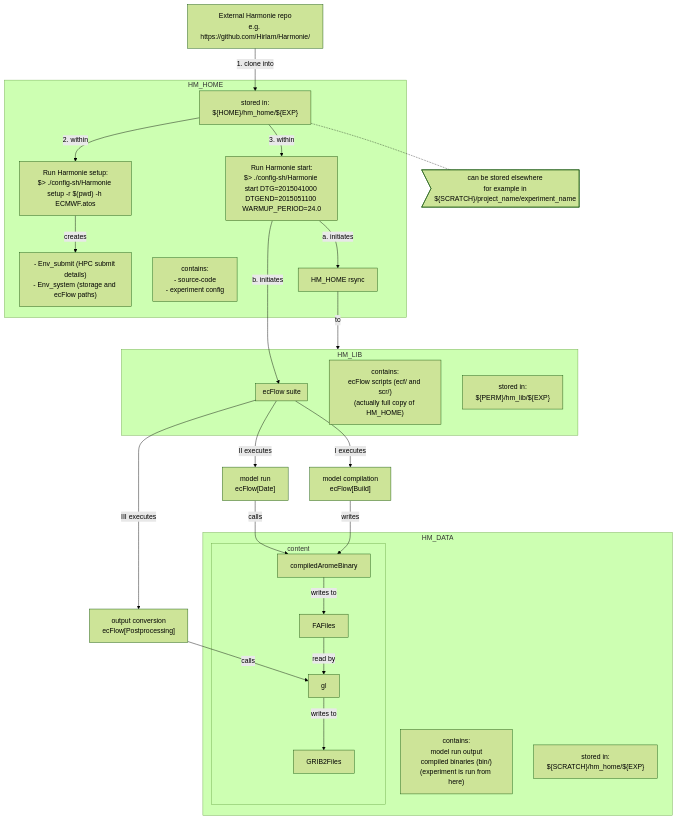
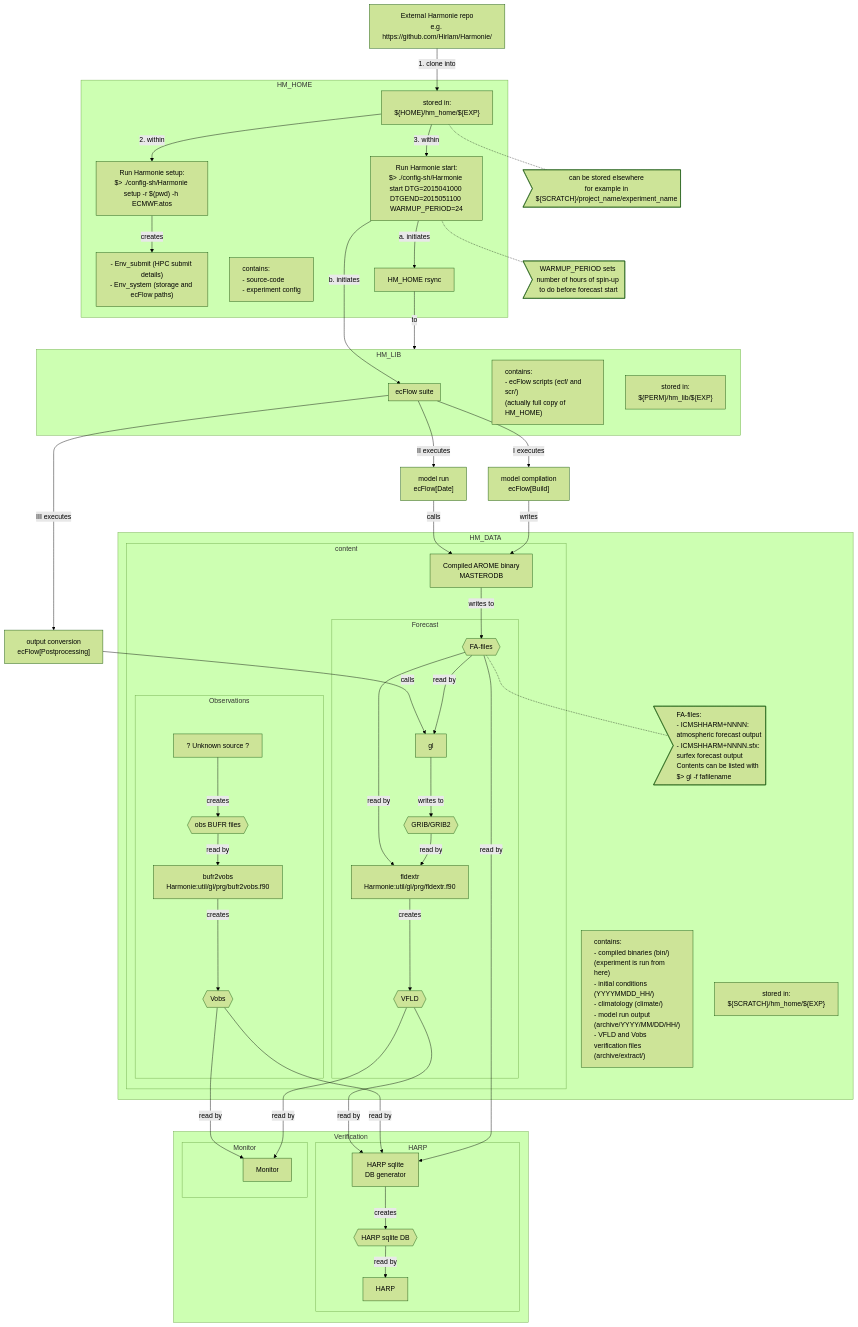
One commit to leifdenby/HarmonieCheatSheet changed the diagram in README.md. Above: the diagram before and after it, drawn with Mermaid (forest theme).

Commit message:
Add veritification and details about output

````diff
--- a/README.md
+++ b/README.md
@@ -1,7 +1,31 @@
 ```mermaid
 graph TB
+
+%% programs
+gl
+fldextr["fldextr\nHarmonie:util/gl/prg/fldextr.f90"]
+HARP
+HARPsqliteGenerator["HARP sqlite\nDB generator"]
+bufr2vobs["bufr2vobs\nHarmonie:util/gl/prg/bufr2vobs.f90"]
+compiledAromeBinary["Compiled AROME binary\nMASTERODB"]
+Monitor
+
+%% files
+GRIB2{{GRIB/GRIB2}}
+obsBUFR{{"obs BUFR files"}}
+Vobs{{Vobs}}
+VFLD{{VFLD}}
+HARPsqliteDB{{HARP sqlite DB}}
+FAFiles{{FA-files}}
+
+VFLD -- read by --> HARPsqliteGenerator
+Vobs -- read by --> HARPsqliteGenerator
+
+
+
+
 harmonieSetup["Run Harmonie setup:\n$> ./config-sh/Harmonie setup -r $(pwd) -h ECMWF.atos"]
-harmonieStart["Run Harmonie start:\n$> ./config-sh/Harmonie start DTG=2015041000 DTGEND=2015051100 WARMUP_PERIOD=24.0"]
+harmonieStart["Run Harmonie start:\n$> ./config-sh/Harmonie start DTG=2015041000 DTGEND=2015051100 WARMUP_PERIOD=24"]
 
 externalHarmonieRepo["External Harmonie repo\ne.g. https://github.com/Hirlam/Harmonie/"]
 externalHarmonieRepo -- 1. clone into --> hm_home_location
@@ -13,7 +37,7 @@
 
 subgraph HM_HOME
 hm_home_location["stored in:\n${HOME}/hm_home/${EXP}"]
-hm_home_content["contains:\n- source-code\n- experiment config"]
+hm_home_content["contains:\n- source-code\n- experiment config"]:::leftalign
 harmonieSetupOutput
 
 hm_home_location -- 2. within --> harmonieSetup
@@ -22,7 +46,10 @@
 harmonieStart -- a. initiates --> hmDatahmLibRsync["HM_HOME rsync"]
 end
 
+classDef leftalign text-align:left
+
 hm_home_location -.- otherStorage>"can be stored elsewhere\nfor example in\n${SCRATCH}/project_name/experiment_name"]
+harmonieStart -.- startWarmupNote>"WARMUP_PERIOD sets number of hours of spin-up to do before forecast start"]
 
 harmonieStart -- b. initiates --> ecFlowSuite
 
@@ -42,24 +69,39 @@
 %% HM_LIB
 
 subgraph HM_LIB
-hm_lib_content["contains:\necFlow scripts (ecf/ and scr/)\n(actually full copy of HM_HOME)"]
+hm_lib_content["contains:\n- ecFlow scripts (ecf/ and scr/)\n(actually full copy of HM_HOME)"]:::leftalign
 hm_lib_location["stored in:\n${PERM}/hm_lib/${EXP}"]
 
 ecFlowSuite
-
 end
 
 compiledAromeBinary -- writes to --> FAFiles
 FAFiles -- read by --> gl
-gl -- writes to --> GRIB2Files
 
 subgraph HM_DATA
-hm_data_content["contains:\nmodel run output\ncompiled binaries (bin/)\n(experiment is run from here)"]
+hm_data_content["contains:\n- compiled binaries (bin/)\n(experiment is run from here)\n- initial conditions (YYYYMMDD_HH/)\n- climatology (climate/)\n- model run output (archive/YYYY/MM/DD/HH/)\n- VFLD and Vobs verification files (archive/extract/)"]:::leftalign
 hm_data_location["stored in:\n${SCRATCH}/hm_home/${EXP}"]
 
+FAFiles -- read by --> fldextr
+FAFiles -.- FAFilesnote>"FA-files:\n- ICMSHHARM+NNNN: atmospheric forecast output\n- ICMSHHARM+NNNN.sfx: surfex forecast output\nContents can be listed with $> gl -f fafilename"]:::leftalign
+
+
 subgraph hmDataContent["content"]
+
+subgraph Forecast
 FAFiles
-GRIB2Files
+gl -- writes to --> GRIB2
+GRIB2 -- read by --> fldextr
+fldextr -- creates --> VFLD
+end
+
+unknownSource["? Unknown source ?"]
+
+subgraph Observations
+unknownSource -- creates --> obsBUFR
+obsBUFR -- read by --> bufr2vobs
+bufr2vobs -- creates --> Vobs
+end
 end
 
 subgraph hmDataContent["content"]
@@ -71,4 +113,19 @@
 hmDatahmLibRsync -- to --> HM_LIB
 
 hm_home_location -- 3. within --> harmonieStart
+
+
+
+subgraph Verification
+subgraph HARP-functionality["HARP"]
+HARPsqliteGenerator -- creates --> HARPsqliteDB
+HARPsqliteDB -- read by --> HARP
+FAFiles -- read by --> HARPsqliteGenerator
+end
+
+subgraph Monitor-functionality["Monitor"]
+Vobs -- read by --> Monitor
+VFLD -- read by --> Monitor
+end
+end
 ```
````
